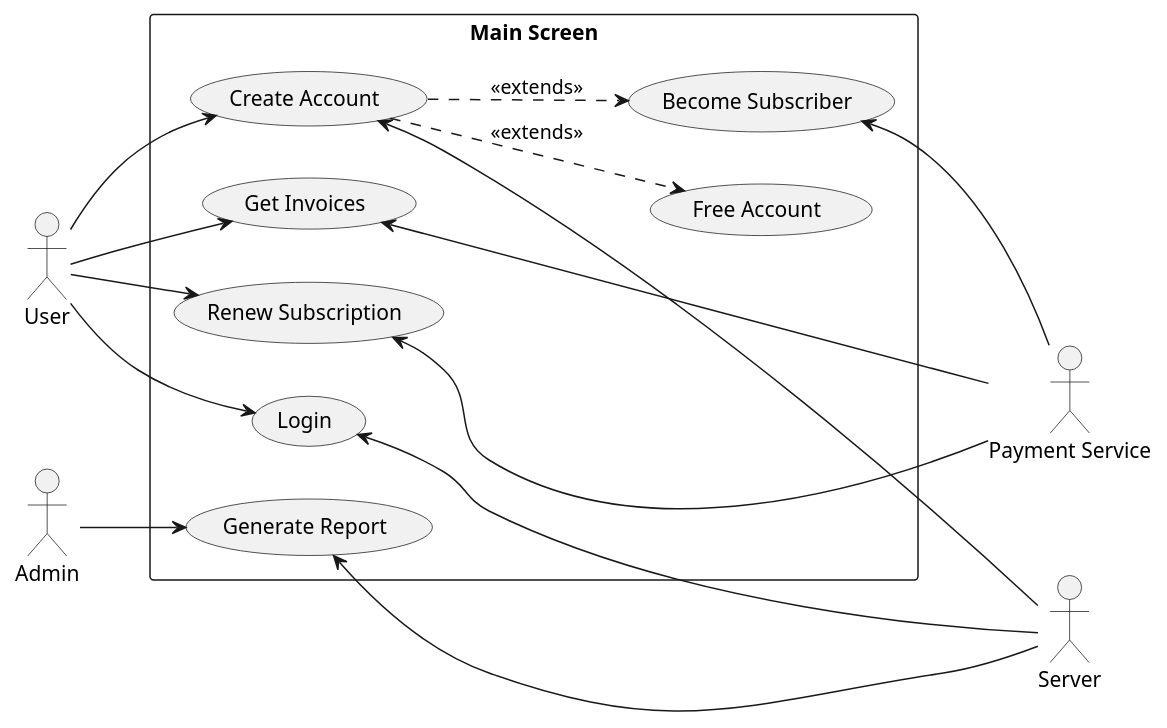
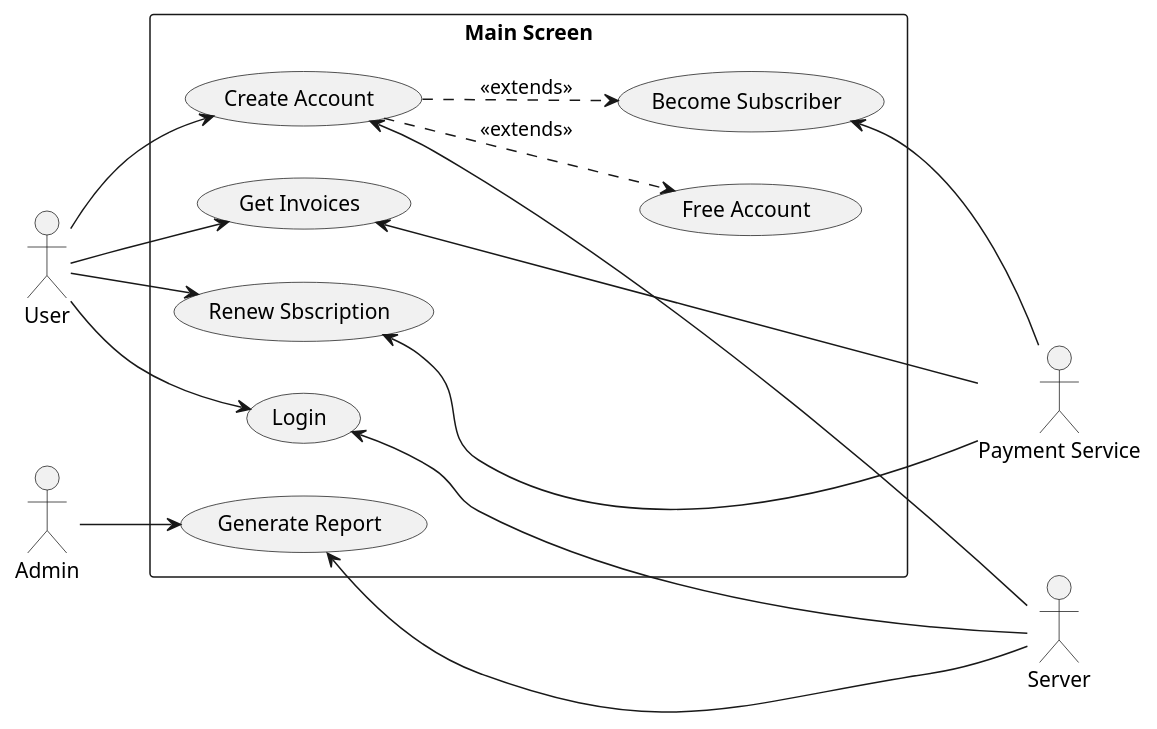
One commit to eugercek/video-gui changed the second of 6 diagrams in doc/UML/README.org. Above: the diagram before and after it, drawn with PlantUML. The commit also changed other lines of this file and 10 other files, not shown here.

```diff
--- a/doc/UML/README.org
+++ b/doc/UML/README.org
@@ -32,35 +32,35 @@
-#+begin_src plantuml
+#+begin_src plantuml :file UseCase.png
 left to right direction
 actor User
 actor Server
 actor PaymentService as "Payment Service"
 actor Admin
 
 rectangle "Main Screen"{
         usecase createAccount as "Create Account"
-        usecase renew as "Renew Subscription"
+        usecase renew as "Renew Sbscription"
         usecase invoice as "Get Invoices"
 
         User --> createAccount
 
         createAccount ..> (Become Subscriber)  : <<extends>>
         createAccount ..> (Free Account)  : <<extends>>
 
         createAccount <--- Server
         (Become Subscriber) <-- PaymentService
 
         User --> renew
         renew <-- PaymentService
 
         User --> invoice
         invoice <-- PaymentService
 
         User --> (Login)
         (Login) <-- Server
 
         Admin --> (Generate Report)
         (Generate Report) <-- Server
 
 
 }
 #+end_src
```
